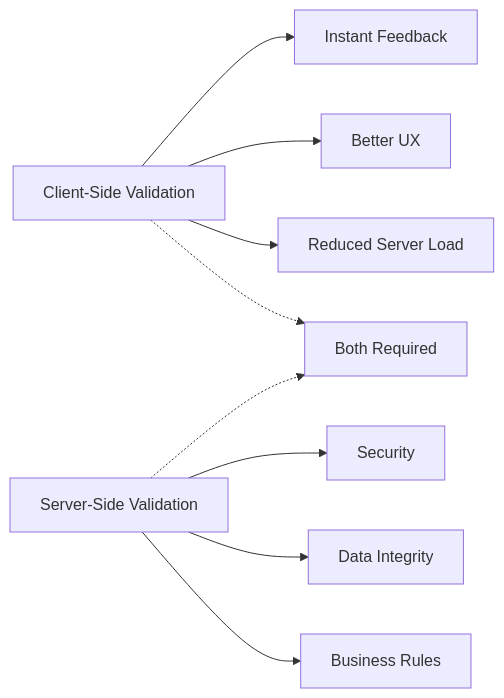
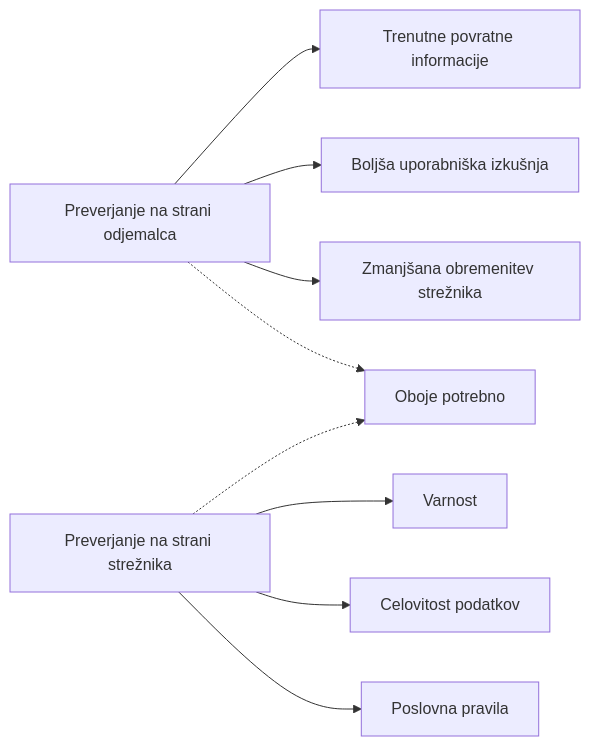
The eighth of 9 diagrams in translations/sl/7-bank-project/2-forms/README.md (microsoft/Web-Dev-For-Beginners), drawn with Mermaid before and after one commit. The commit also changed other lines of this file and 99 other files, not shown here.

````diff
--- a/translations/sl/7-bank-project/2-forms/README.md
+++ b/translations/sl/7-bank-project/2-forms/README.md
@@ -669,13 +796,13 @@
 ```mermaid
 graph LR
-    A[Client-Side Validation] --> B[Instant Feedback]
-    A --> C[Better UX]
-    A --> D[Reduced Server Load]
+    A[Preverjanje na strani odjemalca] --> B[Trenutne povratne informacije]
+    A --> C[Boljša uporabniška izkušnja]
+    A --> D[Zmanjšana obremenitev strežnika]
     
-    E[Server-Side Validation] --> F[Security]
-    E --> G[Data Integrity]
-    E --> H[Business Rules]
+    E[Preverjanje na strani strežnika] --> F[Varnost]
+    E --> G[Celovitost podatkov]
+    E --> H[Poslovna pravila]
     
-    A -.-> I[Both Required]
+    A -.-> I[Oboje potrebno]
     E -.-> I
 ```
````
